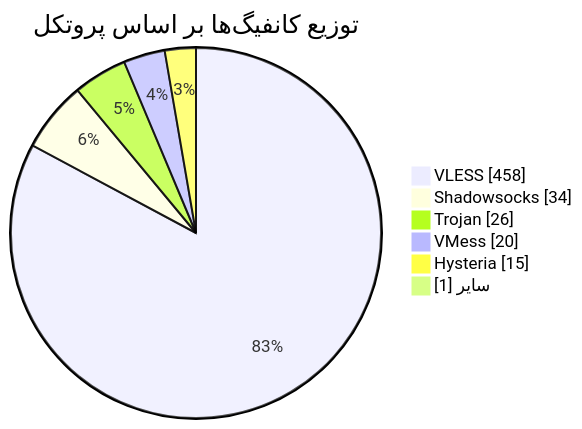
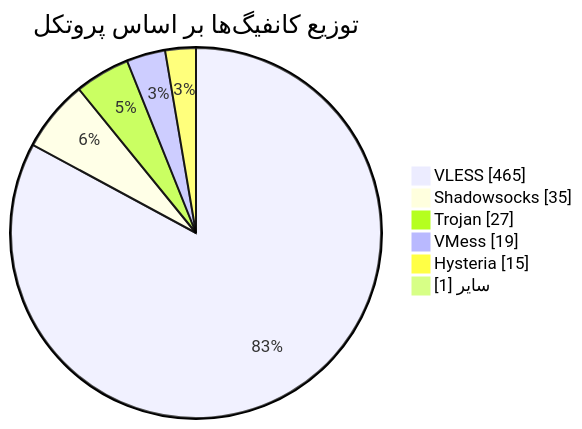
The diagram in README.md (Arian-Alijani/Somthing), drawn with Mermaid before and after one commit. The commit also changed other lines of this file and 75 other files, not shown here.

````diff
--- a/README.md
+++ b/README.md
@@ -48,10 +48,10 @@
 ```mermaid
 pie showData
     title توزیع کانفیگ‌ها بر اساس پروتکل
-    "VLESS" : 458
-    "Shadowsocks" : 34
-    "Trojan" : 26
-    "VMess" : 20
+    "VLESS" : 465
+    "Shadowsocks" : 35
+    "Trojan" : 27
+    "VMess" : 19
     "Hysteria" : 15
     "سایر" : 1
 ```
````
